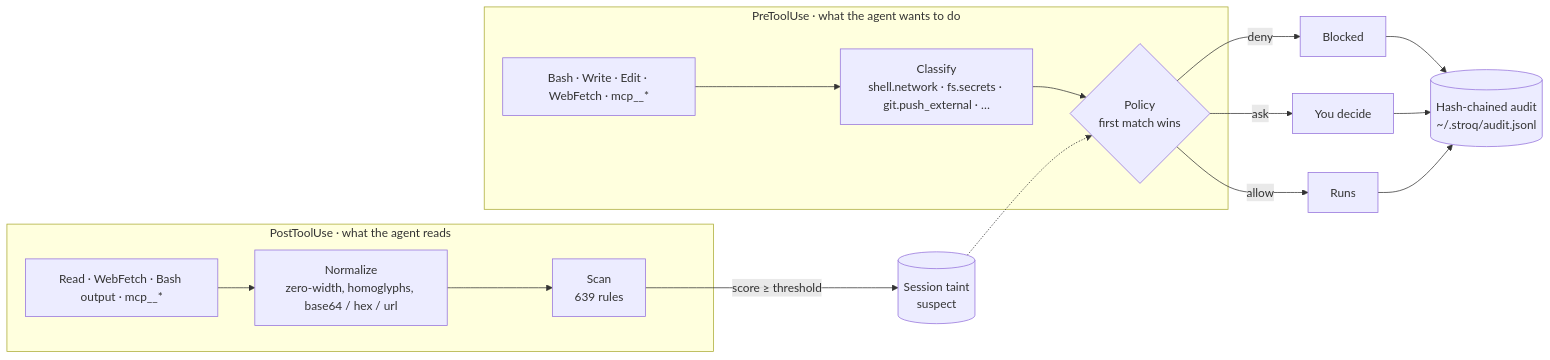
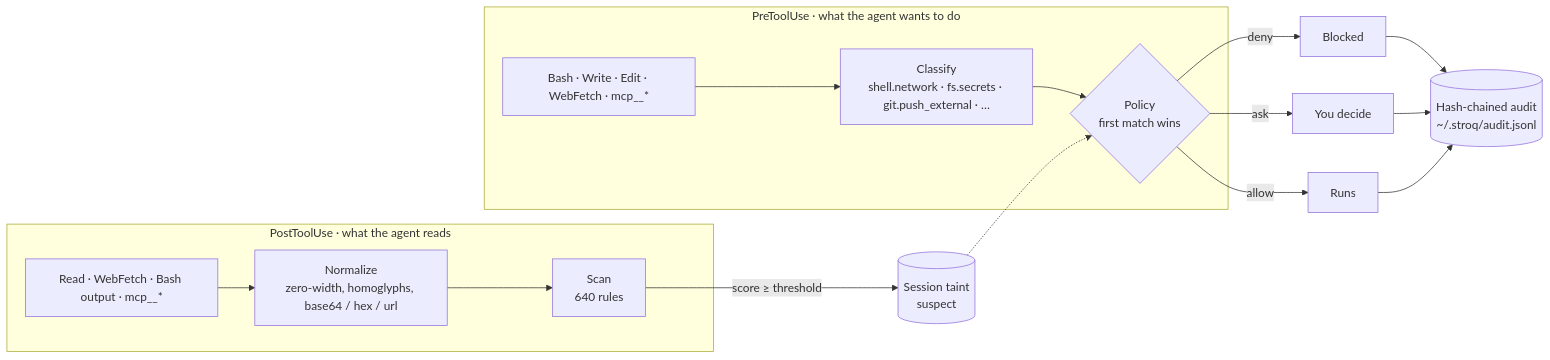
One commit to AGGIB/Stroq changed the diagram in docs/GUIDE.md. Above: the diagram before and after it, drawn with Mermaid. The commit also changed other lines of this file and 53 other files, not shown here.

````diff
--- a/docs/GUIDE.md
+++ b/docs/GUIDE.md
@@ -393,17 +407,17 @@
 ```mermaid
 flowchart LR
     subgraph read [" PostToolUse · what the agent reads "]
         R[Read · WebFetch · Bash output · mcp__*] --> N[Normalize<br/>zero-width, homoglyphs, base64 / hex / url]
-        N --> S[Scan<br/>639 rules]
+        N --> S[Scan<br/>640 rules]
     end
     S -- "score ≥ threshold" --> T[(Session taint<br/>suspect)]
     subgraph act [" PreToolUse · what the agent wants to do "]
         A[Bash · Write · Edit · WebFetch · mcp__*] --> C[Classify<br/>shell.network · fs.secrets · git.push_external · …]
         C --> P{Policy<br/>first match wins}
     end
     T -.-> P
     P -- deny --> D[Blocked]
     P -- ask --> K[You decide]
     P -- allow --> G[Runs]
     D & K & G --> L[(Hash-chained audit<br/>~/.stroq/audit.jsonl)]
 ```
````
